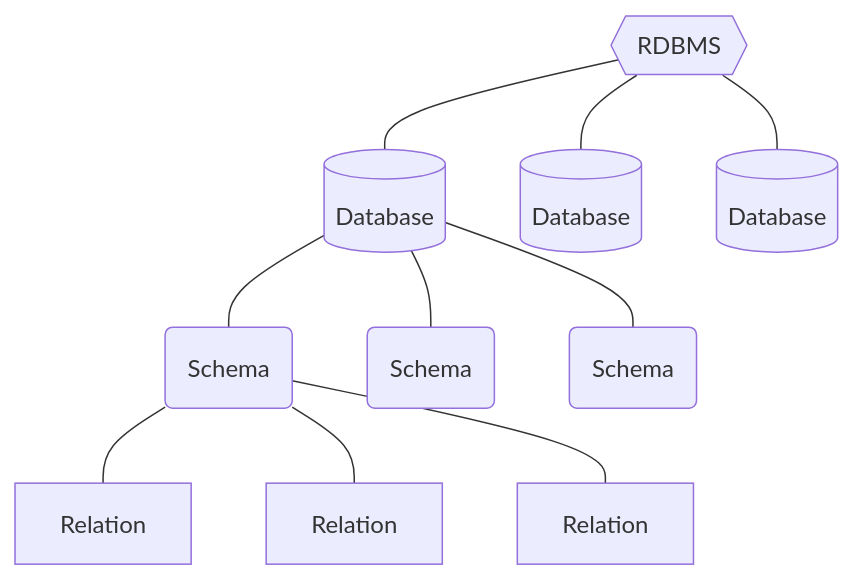
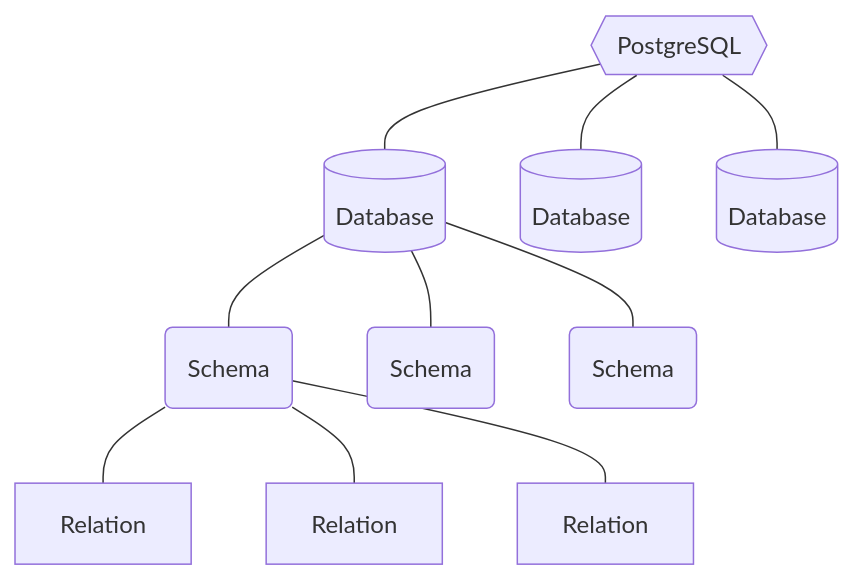
Before and after one commit to bingyangchen/KM-software: the diagram in Database/PostgreSQL/1 - Introduction.md, drawn with Mermaid. The commit also changed other lines of this file and 56 other files, not shown here.

````diff
--- a/Database/PostgreSQL/1 - Introduction.md
+++ b/Database/PostgreSQL/1 - Introduction.md
@@ -14,22 +8,22 @@
 ```mermaid
 flowchart TD
-    RDBMS{{RDBMS}}
+    postgres{{PostgreSQL}}
     d1[(Database)]
     d2[(Database)]
     d3[(Database)]
     s1(Schema)
     s2(Schema)
     s3(Schema)
     r1[Relation]
     r2[Relation]
     r3[Relation]
-    RDBMS --- d1
-    RDBMS --- d2
-    RDBMS --- d3
+    postgres --- d1
+    postgres --- d2
+    postgres --- d3
     d1 --- s1
     d1 --- s2
     d1 --- s3
     s1 --- r1
     s1 --- r2
     s1 --- r3
 ```
````
